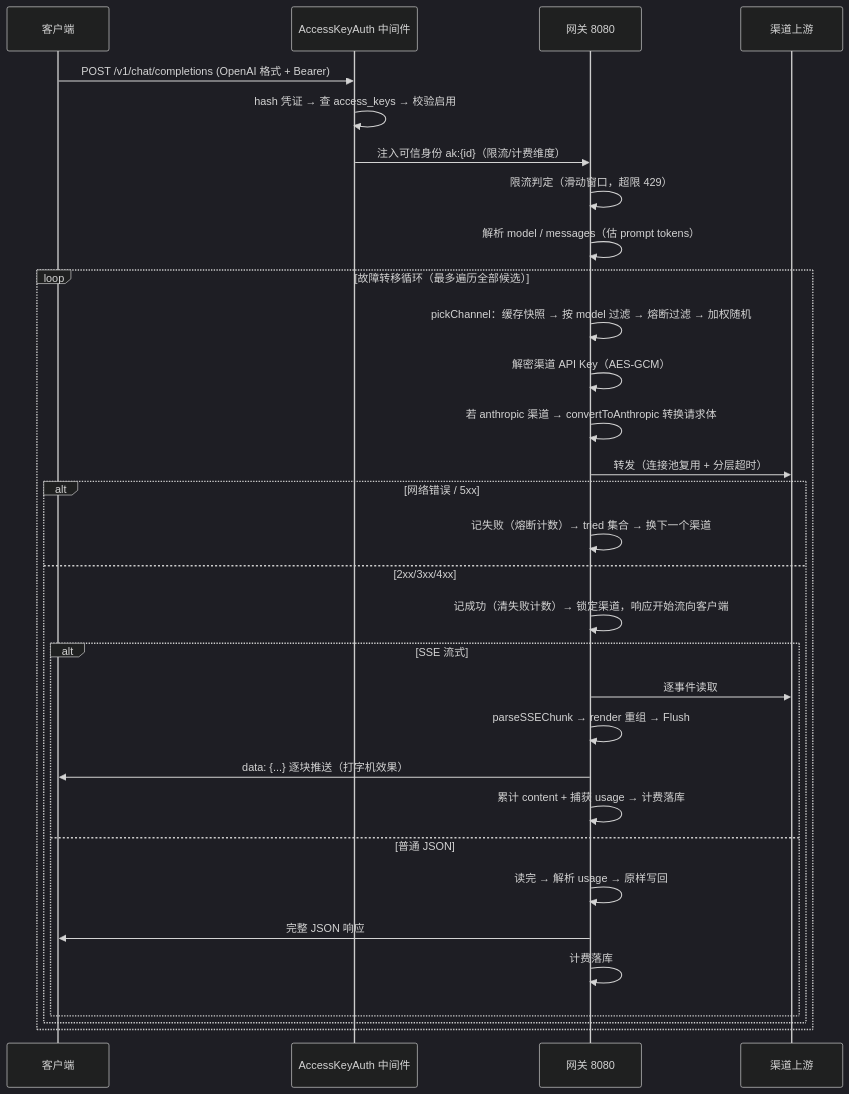
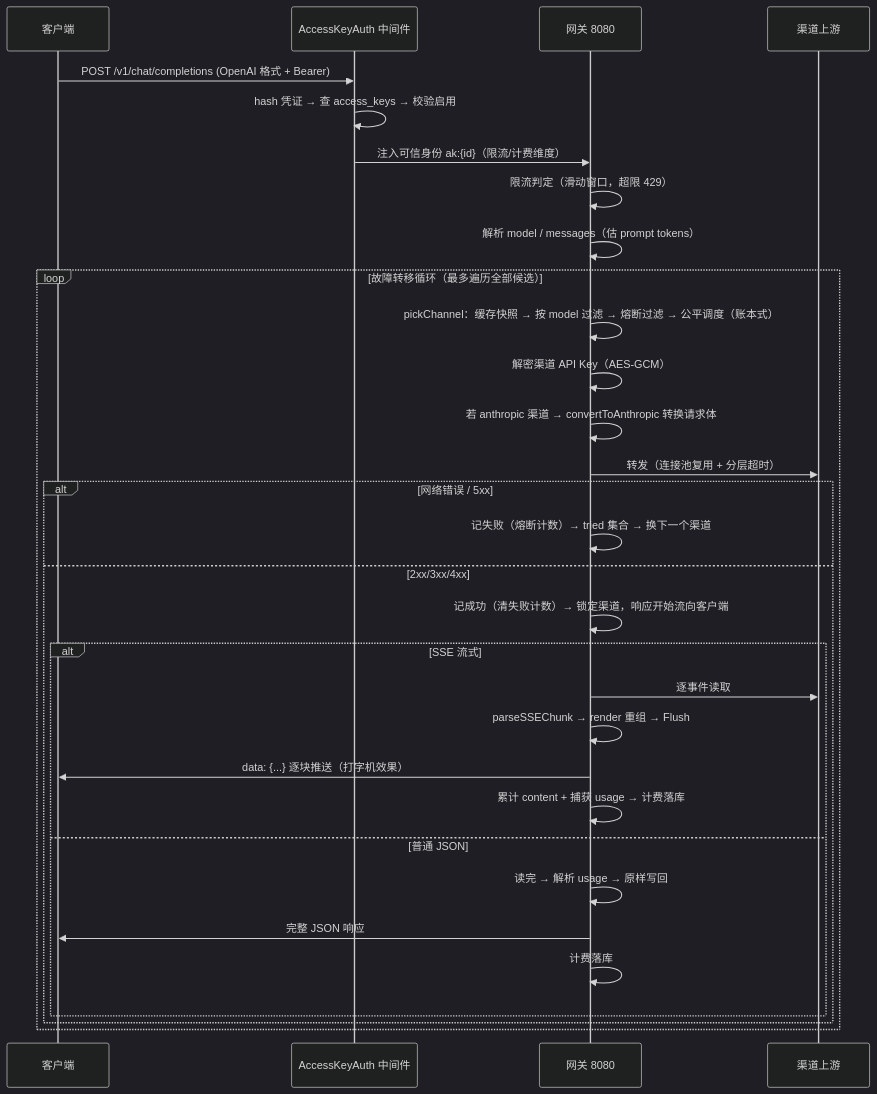
The second of 2 diagrams in README.md (tbwal/llm-gateway), drawn with Mermaid (dark theme) before and after one commit. The commit also changed other lines of this file and 4 other files, not shown here.

````diff
--- a/README.md
+++ b/README.md
@@ -129,33 +129,33 @@
 ```mermaid
 sequenceDiagram
     participant C as 客户端
     participant A as AccessKeyAuth 中间件
     participant G as 网关 8080
     participant U as 渠道上游
     C->>A: POST /v1/chat/completions (OpenAI 格式 + Bearer)
     A->>A: hash 凭证 → 查 access_keys → 校验启用
     A->>G: 注入可信身份 ak:{id}（限流/计费维度）
     G->>G: 限流判定（滑动窗口，超限 429）
     G->>G: 解析 model / messages（估 prompt tokens）
     loop 故障转移循环（最多遍历全部候选）
-        G->>G: pickChannel：缓存快照 → 按 model 过滤 → 熔断过滤 → 加权随机
+        G->>G: pickChannel：缓存快照 → 按 model 过滤 → 熔断过滤 → 公平调度（账本式）
         G->>G: 解密渠道 API Key（AES-GCM）
         G->>G: 若 anthropic 渠道 → convertToAnthropic 转换请求体
         G->>U: 转发（连接池复用 + 分层超时）
         alt 网络错误 / 5xx
             G->>G: 记失败（熔断计数）→ tried 集合 → 换下一个渠道
         else 2xx/3xx/4xx
             G->>G: 记成功（清失败计数）→ 锁定渠道，响应开始流向客户端
             alt SSE 流式
                 G->>U: 逐事件读取
                 G->>G: parseSSEChunk → render 重组 → Flush
                 G->>C: data: {...} 逐块推送（打字机效果）
                 G->>G: 累计 content + 捕获 usage → 计费落库
             else 普通 JSON
                 G->>G: 读完 → 解析 usage → 原样写回
                 G->>C: 完整 JSON 响应
                 G->>G: 计费落库
             end
         end
     end
 ```
````
